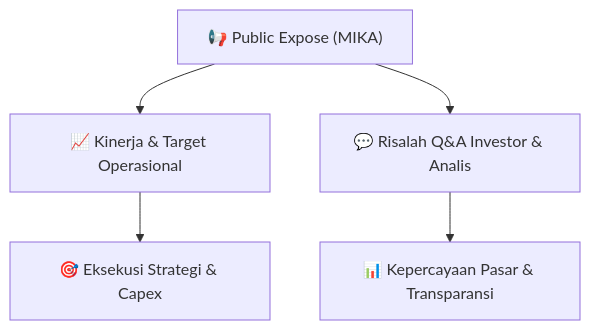
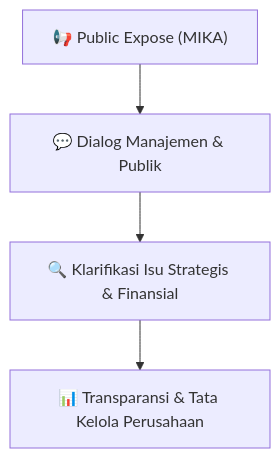
Before and after one commit to anYoneo/alphadigest-idx: the diagram in Finplan_analyst/knowledge-base/public-exposes/hasil-pubex/MIKA_Public_Expose_20260915.md, drawn with Mermaid. The commit also changed other lines of this file and 526 other files, not shown here.

````diff
--- a/Finplan_analyst/knowledge-base/public-exposes/hasil-pubex/MIKA_Public_Expose_20260915.md
+++ b/Finplan_analyst/knowledge-base/public-exposes/hasil-pubex/MIKA_Public_Expose_20260915.md
@@ -15,7 +647,6 @@
 ```mermaid
 flowchart TD
-    A["📢 Public Expose (MIKA)"] --> B["📈 Kinerja & Target Operasional"]
-    A --> C["💬 Risalah Q&A Investor & Analis"]
-    B --> D["🎯 Eksekusi Strategi & Capex"]
-    C --> E["📊 Kepercayaan Pasar & Transparansi"]
+    A["📢 Public Expose (MIKA)"] --> B["💬 Dialog Manajemen & Publik"]
+    B --> C["🔍 Klarifikasi Isu Strategis & Finansial"]
+    C --> D["📊 Transparansi & Tata Kelola Perusahaan"]
 ```
````
